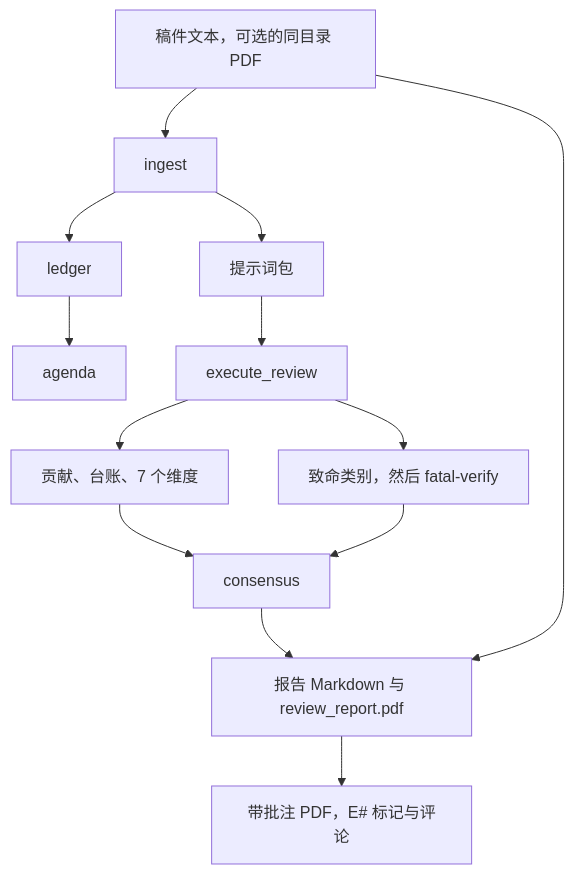
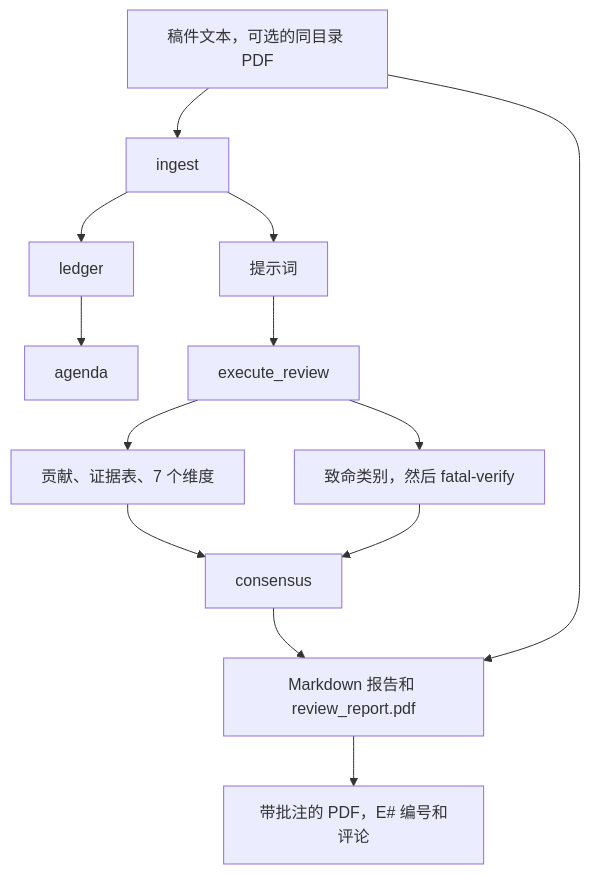
Before and after one commit to XR-Lee/AutoPaperReview: the diagram in README.zh-CN.md, drawn with Mermaid. The commit also changed other lines of this file and 7 other files, not shown here.

````diff
--- a/README.zh-CN.md
+++ b/README.zh-CN.md
@@ -198,14 +198,14 @@
 ```mermaid
 flowchart TD
   src["稿件文本，可选的同目录 PDF"] --> ingest
   ingest --> ledger --> agenda
-  ingest --> packets["提示词包"]
+  ingest --> packets["提示词"]
   packets --> review["execute_review"]
-  review --> evidence["贡献、台账、7 个维度"]
+  review --> evidence["贡献、证据表、7 个维度"]
   review --> fatal["致命类别，然后 fatal-verify"]
   evidence --> consensus
   fatal --> consensus
-  consensus --> report["报告 Markdown 与 review_report.pdf"]
+  consensus --> report["Markdown 报告和 review_report.pdf"]
   src --> report
-  report --> pdf["带批注 PDF，E# 标记与评论"]
+  report --> pdf["带批注的 PDF，E# 编号和评论"]
 ```
````
